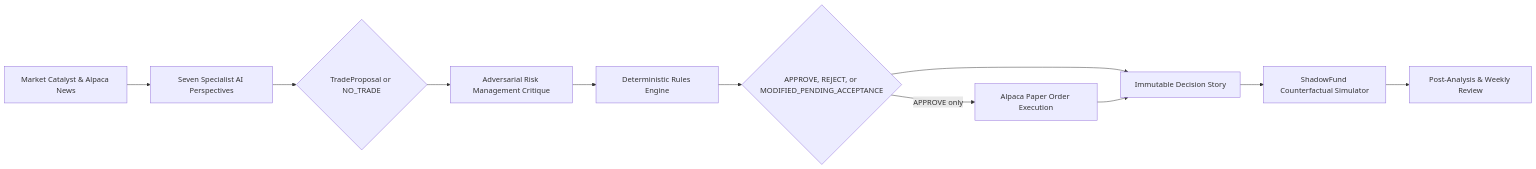
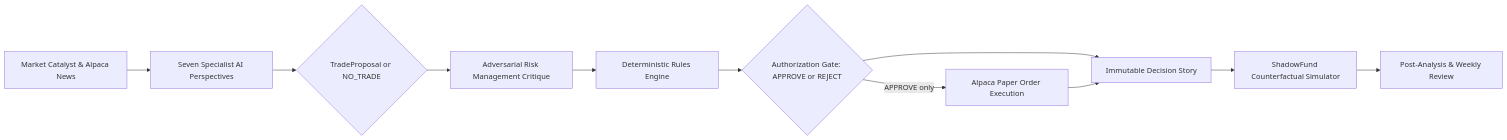
Before and after one commit to MaChewwwww/PRISM: the first of 3 diagrams in README.md, drawn with Mermaid. The commit also changed other lines of this file, not shown here.

Commit message:
docs(readme): synchronize system architecture, 5-minute cadence, and post-analysis engine

````diff
--- a/README.md
+++ b/README.md
@@ -54,13 +54,13 @@
 ```mermaid
 flowchart LR
     A["Market Catalyst & Alpaca News"] --> B["Seven Specialist AI Perspectives"]
     B --> C{"TradeProposal or NO_TRADE"}
     C --> D["Adversarial Risk Management Critique"]
     D --> E["Deterministic Rules Engine"]
-    E --> F{"APPROVE, REJECT, or MODIFIED_PENDING_ACCEPTANCE"}
+    E --> F{"Authorization Gate: APPROVE or REJECT"}
     F -->|APPROVE only| G["Alpaca Paper Order Execution"]
     F --> H["Immutable Decision Story"]
     G --> H
     H --> I["ShadowFund Counterfactual Simulator"]
     I --> J["Post-Analysis & Weekly Review"]
 ```
````
